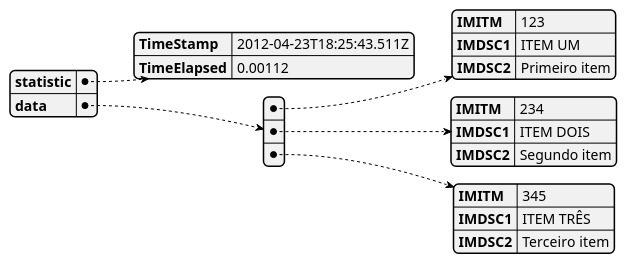
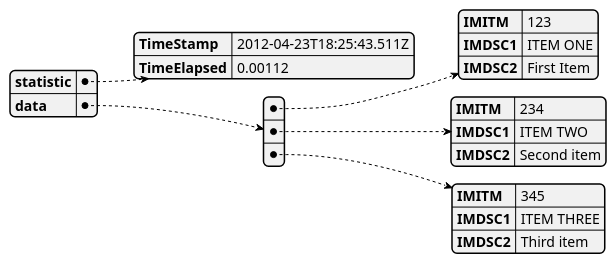
The third of 3 diagrams in README.md (GiovaniPM/GenericRestJDE), drawn with PlantUML before and after one commit. The commit also changed other lines of this file, not shown here.

Commit message:
giova(DESKTOP-PG18CKU) 210310185848

````diff
--- a/README.md
+++ b/README.md
@@ -59,27 +59,27 @@
 ```PlantUML
 @startjson
 {
   "statistic": {
     "TimeStamp": "2012-04-23T18:25:43.511Z",
     "TimeElapsed": 0.00112
   },
   "data": [
     {
       "IMITM": 123,
-      "IMDSC1": "ITEM UM",
-      "IMDSC2": "Primeiro item"
+      "IMDSC1": "ITEM ONE",
+      "IMDSC2": "First Item"
     },
     {
       "IMITM": 234,
-      "IMDSC1": "ITEM DOIS",
-      "IMDSC2": "Segundo item"
+      "IMDSC1": "ITEM TWO",
+      "IMDSC2": "Second item"
     },
     {
       "IMITM": 345,
-      "IMDSC1": "ITEM TRÊS",
-      "IMDSC2": "Terceiro item"
+      "IMDSC1": "ITEM THREE",
+      "IMDSC2": "Third item"
     }
   ]
 }
 @endjson
 ```
````
